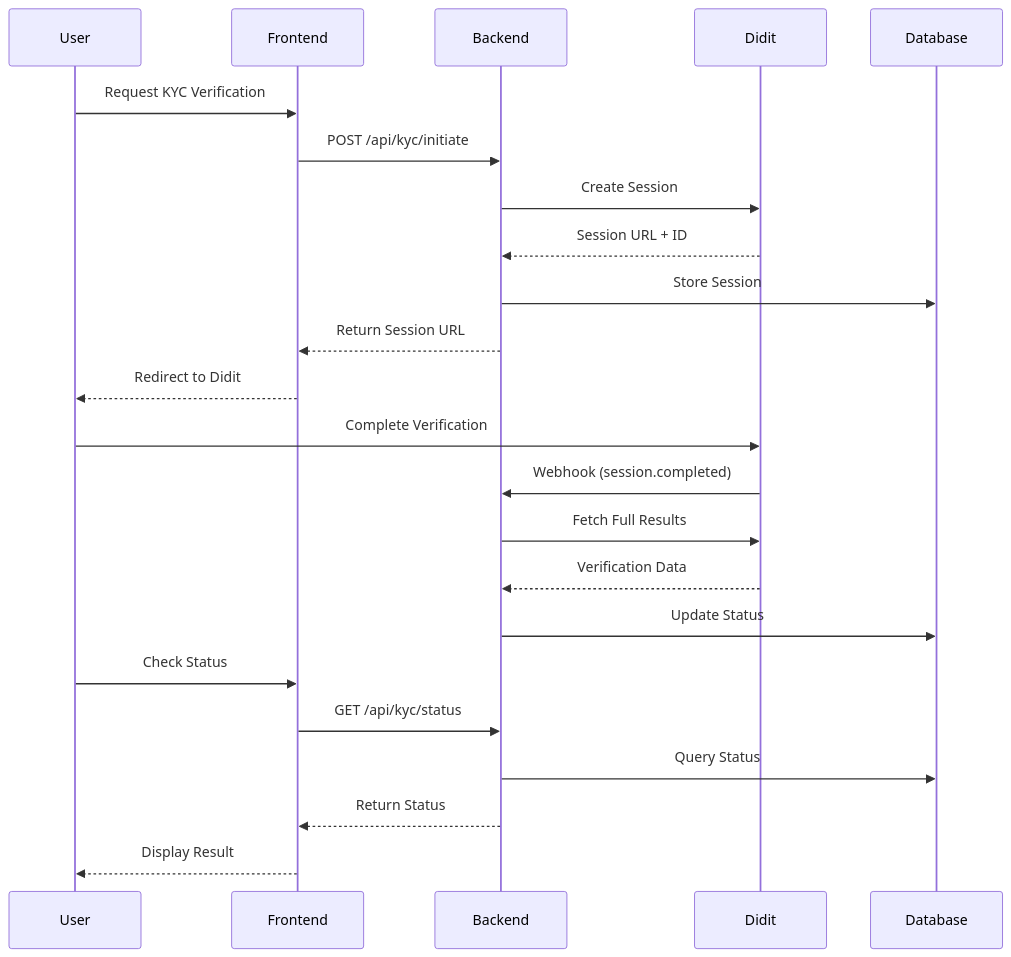
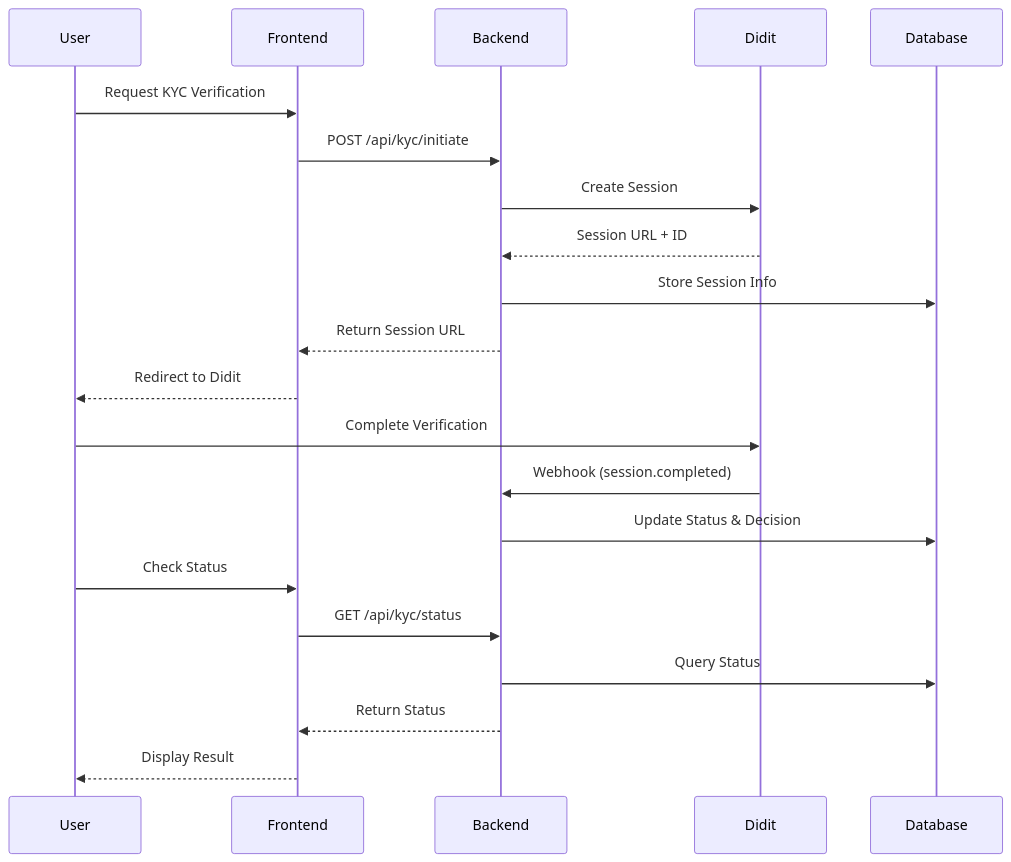
Before and after one commit to ProTechPh/FreelanceXchain-api: the first of 2 diagrams in docs/content/Security Considerations/Data Privacy & KYC Protection.md, drawn with Mermaid. The commit also changed other lines of this file and 92 other files, not shown here.

````diff
--- a/docs/content/Security Considerations/Data Privacy & KYC Protection.md
+++ b/docs/content/Security Considerations/Data Privacy & KYC Protection.md
@@ -51,28 +49,26 @@
 ```mermaid
 sequenceDiagram
     participant User
     participant Frontend
     participant Backend
     participant Didit
     participant Database
 
     User->>Frontend: Request KYC Verification
     Frontend->>Backend: POST /api/kyc/initiate
     Backend->>Didit: Create Session
     Didit-->>Backend: Session URL + ID
-    Backend->>Database: Store Session
+    Backend->>Database: Store Session Info
     Backend-->>Frontend: Return Session URL
     Frontend-->>User: Redirect to Didit
 
     User->>Didit: Complete Verification
     Didit->>Backend: Webhook (session.completed)
-    Backend->>Didit: Fetch Full Results
-    Didit-->>Backend: Verification Data
-    Backend->>Database: Update Status
+    Backend->>Database: Update Status & Decision
     
     User->>Frontend: Check Status
     Frontend->>Backend: GET /api/kyc/status
     Backend->>Database: Query Status
     Backend-->>Frontend: Return Status
     Frontend-->>User: Display Result
 ```
````
